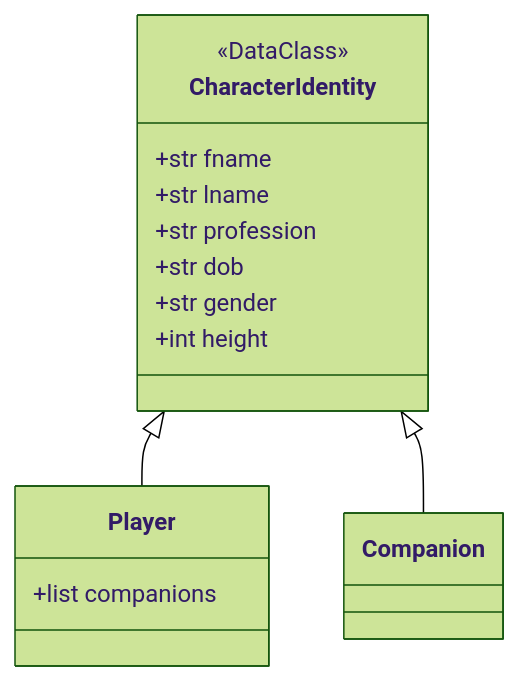
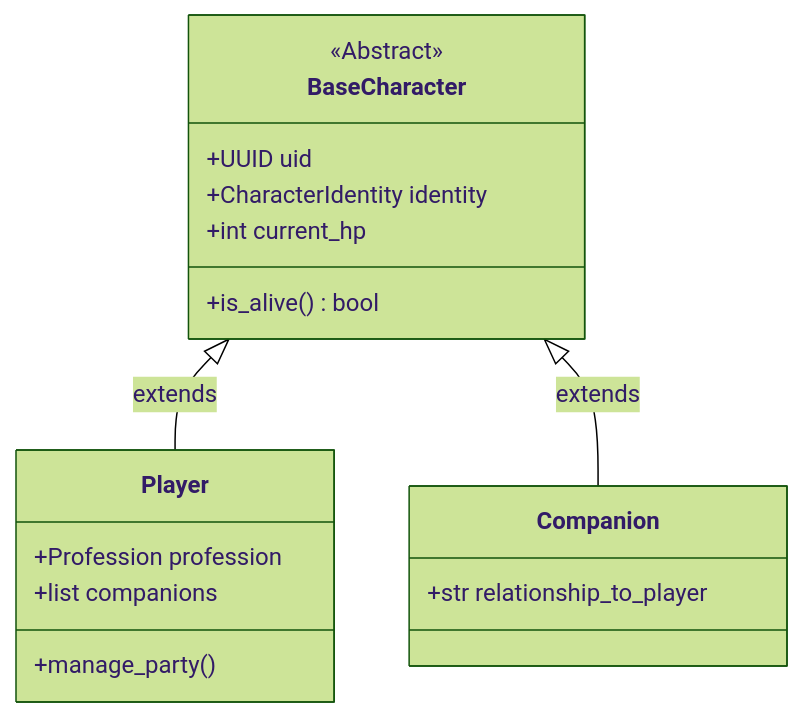
The second of 9 diagrams in docs/design/characters.md (mnaatjes/oregon-trail-clone), drawn with Mermaid (forest theme) before and after one commit. The commit also changed other lines of this file and 12 other files, not shown here.

Commit message:
architectural contracts

````diff
--- a/docs/design/characters.md
+++ b/docs/design/characters.md
@@ -13,24 +59,23 @@
 ```mermaid
 classDiagram
-
-    class CharacterIdentity {
-        <<DataClass>>
-        +str fname
-        +str lname
-        +str profession
-        +str dob
-        +str gender
-        +int height
+    class BaseCharacter {
+        <<Abstract>>
+        +UUID uid
+        +CharacterIdentity identity
+        +int current_hp
+        +is_alive() bool
     }
 
     class Player {
+        +Profession profession
         +list companions
+        +manage_party()
     }
 
     class Companion {
+        +str relationship_to_player
     }
 
-    CharacterIdentity <|-- Player
-    CharacterIdentity <|-- Companion
-
+    BaseCharacter <|-- Player : extends
+    BaseCharacter <|-- Companion : extends
 ```
````
